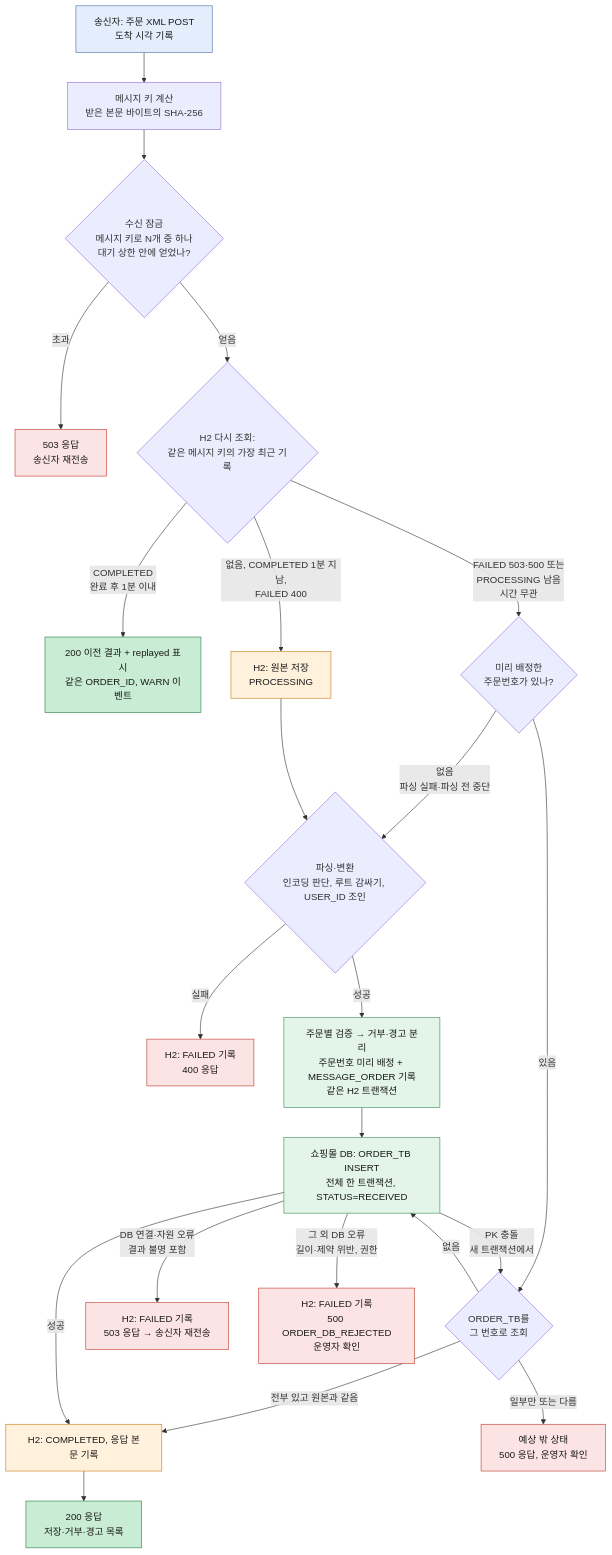
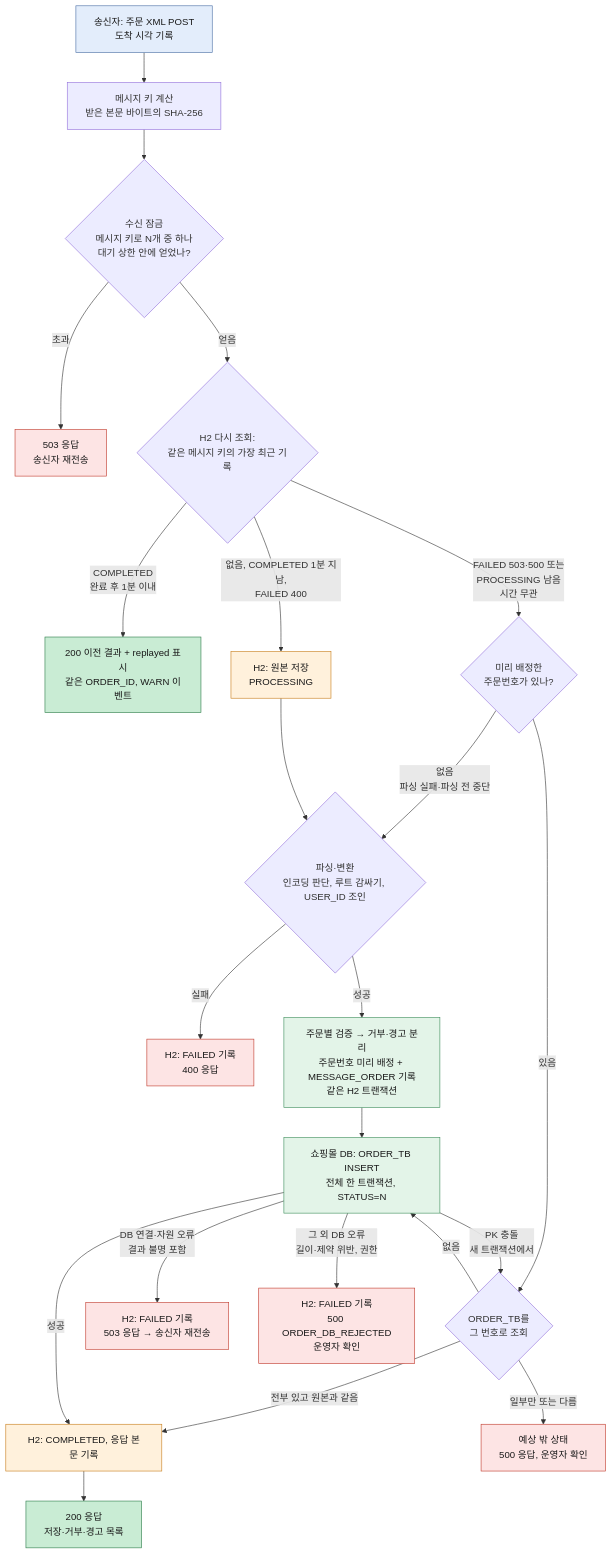
Before and after one commit to milkkwong2/inspien-assignment: diagram 11 of 21 in docs/design.md, drawn with Mermaid. The commit also changed other lines of this file and 2 other files, not shown here.

First line of the commit message:
docs: STATUS N/Y 재설계와 공통 시각 필드 (D-26, D-27)

````diff
--- a/docs/design.md
+++ b/docs/design.md
@@ -684,30 +754,30 @@
 ```mermaid
 flowchart TD
     A[송신자: 주문 XML POST<br/>도착 시각 기록]:::ext --> B[메시지 키 계산<br/>받은 본문 바이트의 SHA-256]
     B --> L{수신 잠금<br/>메시지 키로 N개 중 하나<br/>대기 상한 안에 얻었나?}
     L -- 초과 --> R6[503 응답<br/>송신자 재전송]:::fail
     L -- 얻음 --> C{H2 다시 조회:<br/>같은 메시지 키의 가장 최근 기록}
     C -- "COMPLETED<br/>완료 후 1분 이내" --> R1[200 이전 결과 + replayed 표시<br/>같은 ORDER_ID, WARN 이벤트]:::ok
     C -- "FAILED 503·500 또는<br/>PROCESSING 남음<br/>시간 무관" --> M{미리 배정한<br/>주문번호가 있나?}
     M -- "없음<br/>파싱 실패·파싱 전 중단" --> E
     M -- 있음 --> K{ORDER_TB를<br/>그 번호로 조회}
     K -- 없음 --> G
     K -- 전부 있고 원본과 같음 --> H
     K -- 일부만 또는 다름 --> R5[예상 밖 상태<br/>500 응답, 운영자 확인]:::fail
     C -- "없음, COMPLETED 1분 지남,<br/>FAILED 400" --> D[H2: 원본 저장<br/>PROCESSING]:::store
     D --> E{파싱·변환<br/>인코딩 판단, 루트 감싸기, USER_ID 조인}
     E -- 실패 --> R2[H2: FAILED 기록<br/>400 응답]:::fail
     E -- 성공 --> F[주문별 검증 → 거부·경고 분리<br/>주문번호 미리 배정 + MESSAGE_ORDER 기록<br/>같은 H2 트랜잭션]:::app
-    F --> G[쇼핑몰 DB: ORDER_TB INSERT<br/>전체 한 트랜잭션, STATUS=RECEIVED]:::app
+    F --> G[쇼핑몰 DB: ORDER_TB INSERT<br/>전체 한 트랜잭션, STATUS=N]:::app
     G -- "PK 충돌<br/>새 트랜잭션에서" --> K
     G -- 성공 --> H[H2: COMPLETED, 응답 본문 기록]:::store
     G -- "DB 연결·자원 오류<br/>결과 불명 포함" --> R3[H2: FAILED 기록<br/>503 응답 → 송신자 재전송]:::fail
     G -- "그 외 DB 오류<br/>길이·제약 위반, 권한" --> R7[H2: FAILED 기록<br/>500 ORDER_DB_REJECTED<br/>운영자 확인]:::fail
     H --> R4[200 응답<br/>저장·거부·경고 목록]:::ok
 
     classDef ext fill:#e3edfb,stroke:#4a6fa5,color:#1a1a1a
     classDef app fill:#e3f4e8,stroke:#3c8d5a,color:#1a1a1a
     classDef store fill:#fff1dc,stroke:#c77d1a,color:#1a1a1a
     classDef ok fill:#c9ecd4,stroke:#2e7d4a,color:#1a1a1a
     classDef fail fill:#fde4e4,stroke:#c0392b,color:#1a1a1a
 ```
````
